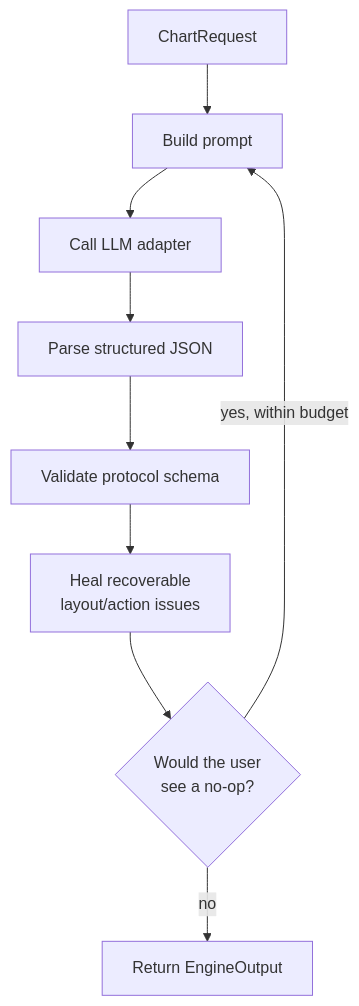
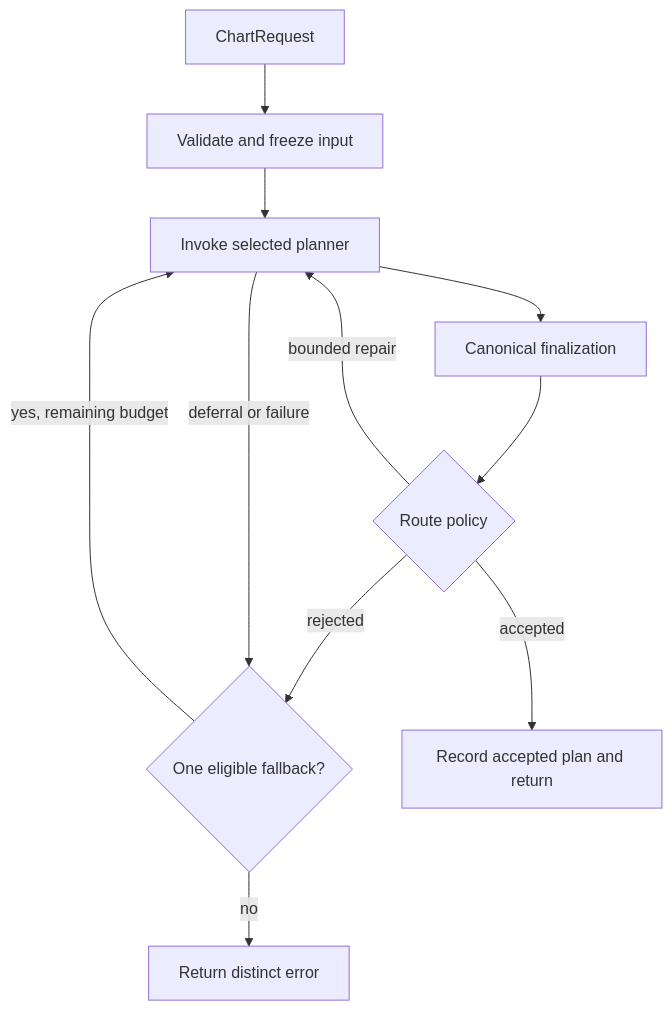
The first of 2 diagrams in apps/docs/src/content/docs/understanding/engine.mdx (maelstrom-co/maelstrom), drawn with Mermaid before and after one commit. The commit also changed other lines of this file and 16 other files, not shown here.

Commit message:
docs(engine): document planner backends and migration

````diff
--- a/apps/docs/src/content/docs/understanding/engine.mdx
+++ b/apps/docs/src/content/docs/understanding/engine.mdx
@@ -38,20 +40,19 @@
 ```mermaid
 flowchart TD
   Request["ChartRequest"]
-  Prompt["Build prompt"]
-  Adapter["Call LLM adapter"]
-  Parse["Parse structured JSON"]
-  Validate["Validate protocol schema"]
-  Heal["Heal recoverable<br/>layout/action issues"]
-  Retry{"Would the user<br/>see a no-op?"}
-  Return["Return EngineOutput"]
+  Snapshot["Validate and freeze input"]
+  Invoke["Invoke selected planner"]
+  Finalize["Canonical finalization"]
+  Policy{"Route policy"}
+  Fallback{"One eligible fallback?"}
+  Return["Record accepted plan and return"]
+  Error["Return distinct error"]
 
-  Request --> Prompt
-  Prompt --> Adapter
-  Adapter --> Parse
-  Parse --> Validate
-  Validate --> Heal
-  Heal --> Retry
-  Retry -->|"yes, within budget"| Prompt
-  Retry -->|"no"| Return
+  Request --> Snapshot --> Invoke --> Finalize --> Policy
+  Policy -->|"accepted"| Return
+  Policy -->|"bounded repair"| Invoke
+  Policy -->|"rejected"| Fallback
+  Invoke -->|"deferral or failure"| Fallback
+  Fallback -->|"yes, remaining budget"| Invoke
+  Fallback -->|"no"| Error
 ```
````
